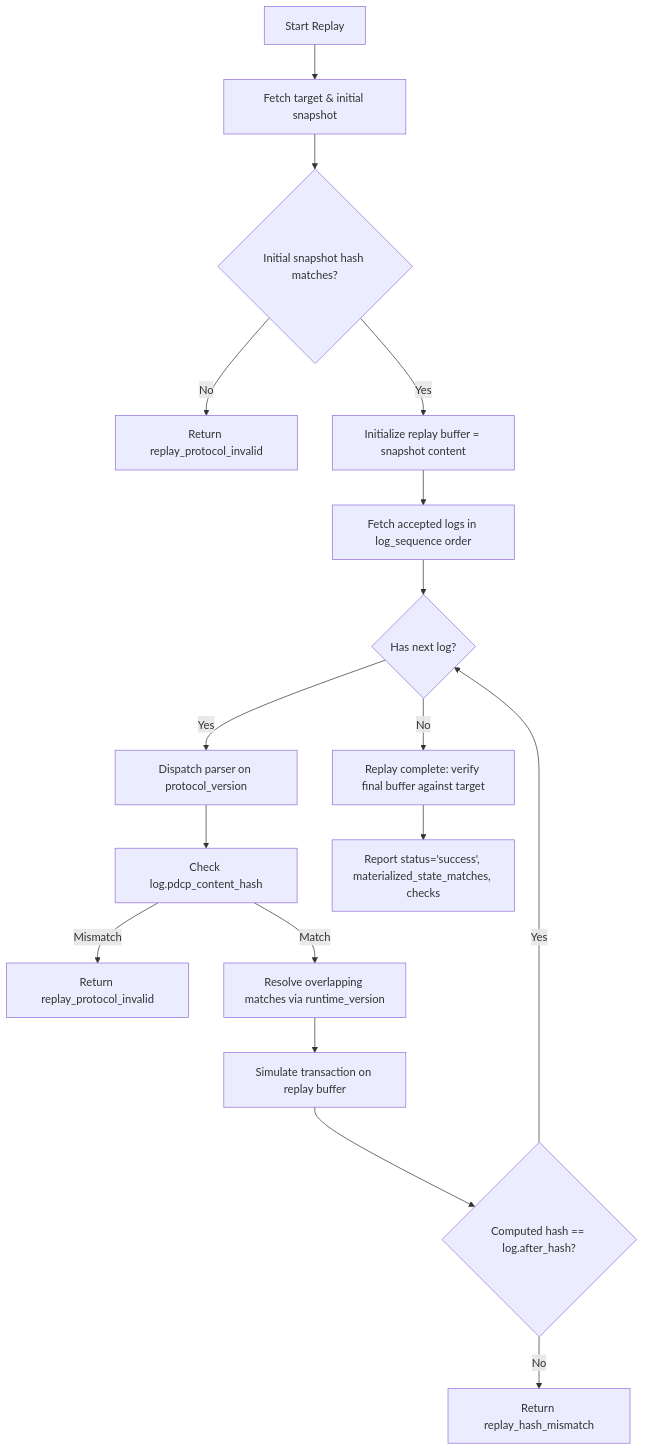
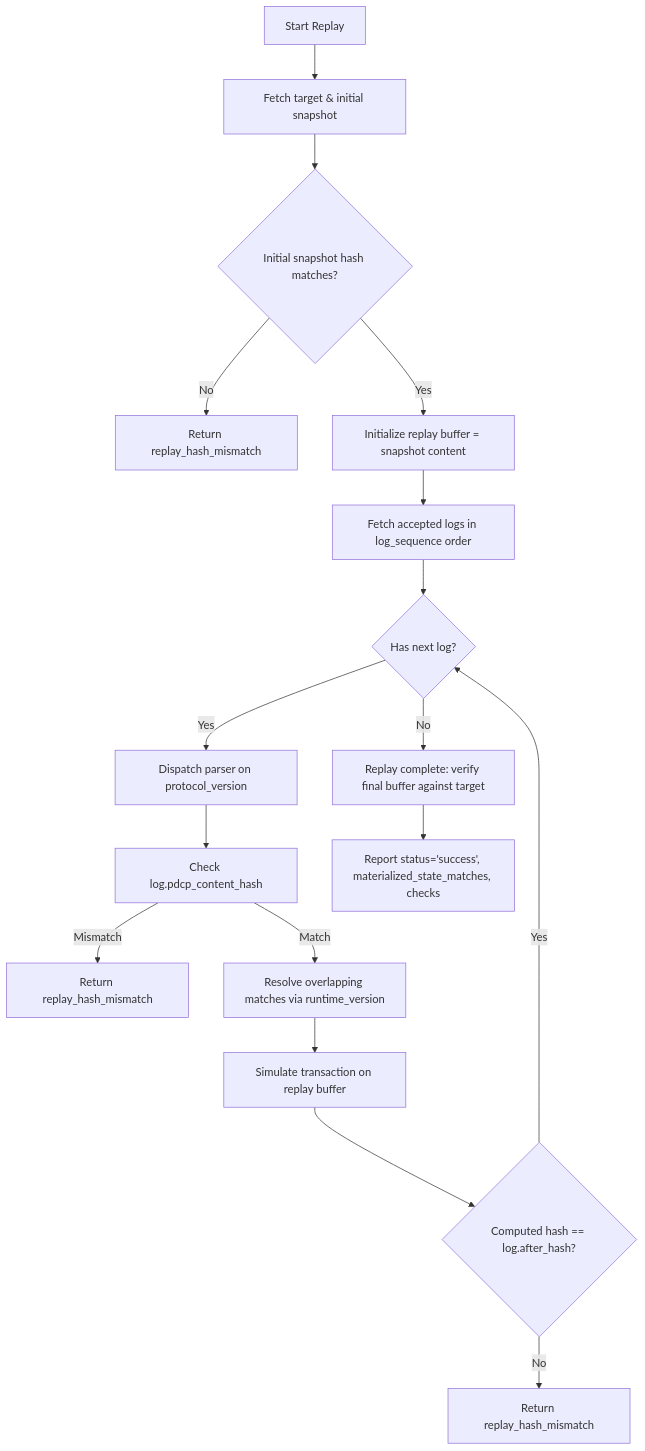
One commit to paragon-ux/Patch-DIFF changed the diagram in .agents/skills/patchdiff-persistence-replay-save/SKILL.md. Above: the diagram before and after it, drawn with Mermaid. The commit also changed other lines of this file and 19 other files, not shown here.

````diff
--- a/.agents/skills/patchdiff-persistence-replay-save/SKILL.md
+++ b/.agents/skills/patchdiff-persistence-replay-save/SKILL.md
@@ -91,19 +91,19 @@
 ```mermaid
 flowchart TD
     A[Start Replay] --> B[Fetch target & initial snapshot]
     B --> C{Initial snapshot hash matches?}
-    C -- No --> F1[Return replay_protocol_invalid]
+    C -- No --> F1[Return replay_hash_mismatch]
     C -- Yes --> D[Initialize replay buffer = snapshot content]
     D --> E[Fetch accepted logs in log_sequence order]
     E --> G{Has next log?}
     G -- No --> H[Replay complete: verify final buffer against target]
     G -- Yes --> I[Dispatch parser on protocol_version]
     I --> J[Check log.pdcp_content_hash]
-    J -- Mismatch --> F2[Return replay_protocol_invalid]
+    J -- Mismatch --> F2[Return replay_hash_mismatch]
     J -- Match --> K[Resolve overlapping matches via runtime_version]
     K --> L[Simulate transaction on replay buffer]
     L --> M{Computed hash == log.after_hash?}
     M -- No --> F3[Return replay_hash_mismatch]
     M -- Yes --> G
     H --> N[Report status='success', materialized_state_matches, checks]
 ```
````
